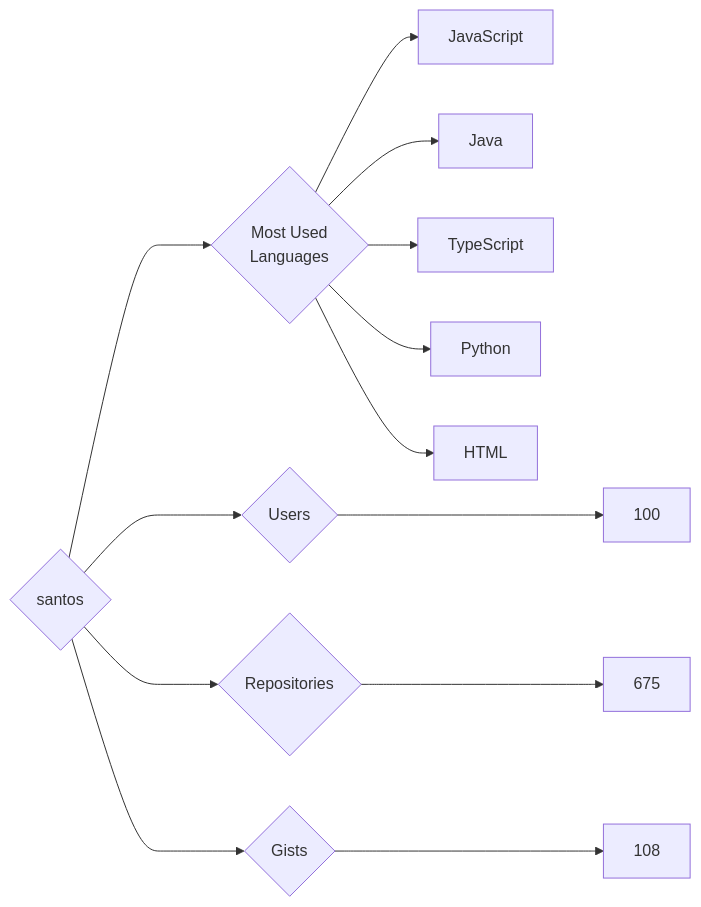
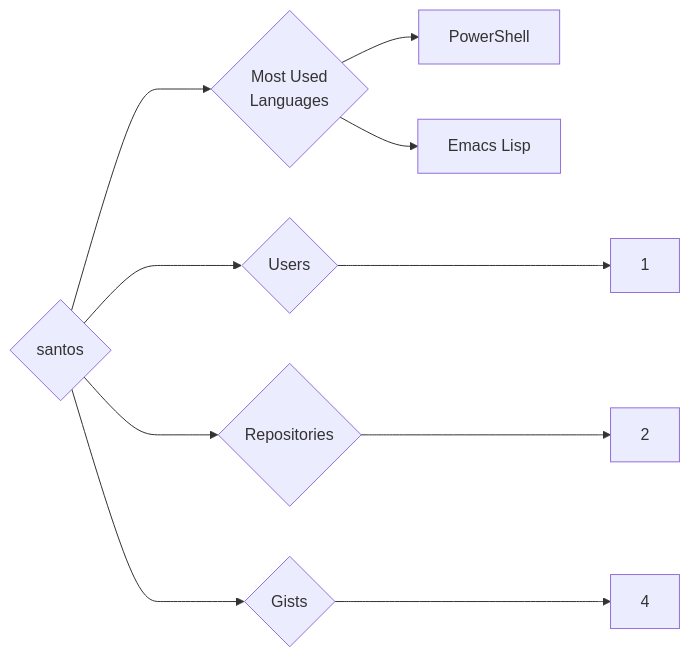
The diagram in targets/santos/README.md (trickest/insiders), drawn with Mermaid before and after one commit. The commit also changed 877 other files, not shown here.

````diff
--- a/targets/santos/README.md
+++ b/targets/santos/README.md
@@ -3,13 +3,10 @@
 ```mermaid
 graph LR
 COMPANY_NAME{santos}
-COMPANY_NAME ---> U{Users} ---> UN[100]
-COMPANY_NAME ---> R{Repositories} ---> RN[675]
-COMPANY_NAME ---> G{Gists} ---> GN[108]
+COMPANY_NAME ---> U{Users} ---> UN[1]
+COMPANY_NAME ---> R{Repositories} ---> RN[2]
+COMPANY_NAME ---> G{Gists} ---> GN[4]
 COMPANY_NAME ---> ML{Most Used<br>Languages}
-ML --> JavaScript[JavaScript]
-ML --> Java[Java]
-ML --> TypeScript[TypeScript]
-ML --> Python[Python]
-ML --> HTML[HTML]
+ML --> PowerShell[PowerShell]
+ML --> Emacs_Lisp[Emacs Lisp]
 ```
````
